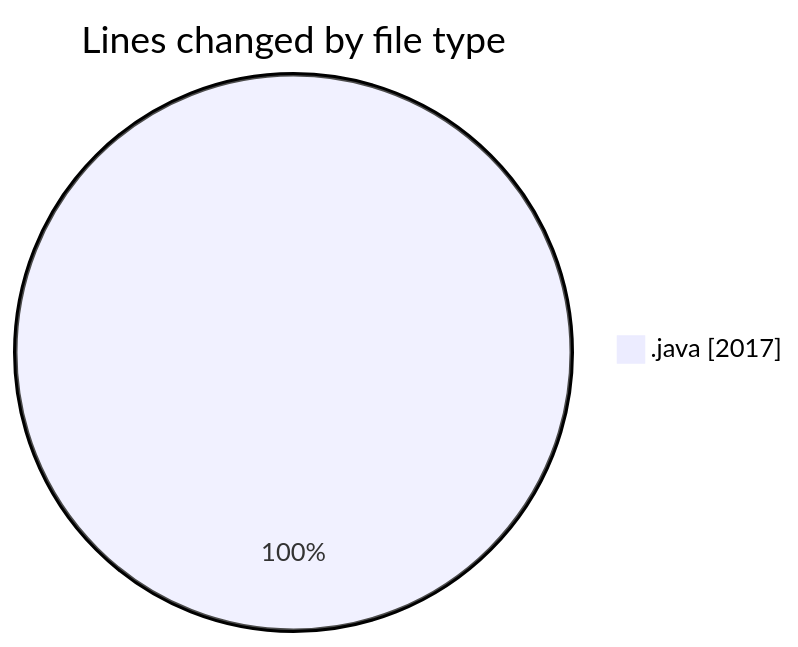
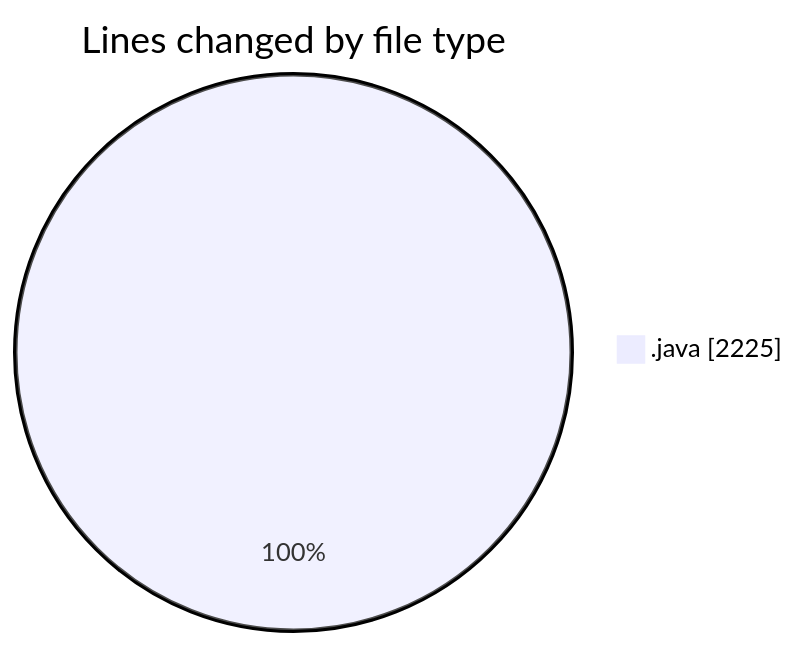
Before and after one commit to Elitesun/code-tracking: the first of 2 diagrams in 2025-02-21/projet/README.md, drawn with Mermaid. The commit also changed other lines of this file and 1 other file, not shown here.

````diff
--- a/2025-02-21/projet/README.md
+++ b/2025-02-21/projet/README.md
@@ -29,5 +29,5 @@
 ```mermaid
 pie showData
 title Lines changed by file type
-".java" : 2017
+".java" : 2225
 ```
````
